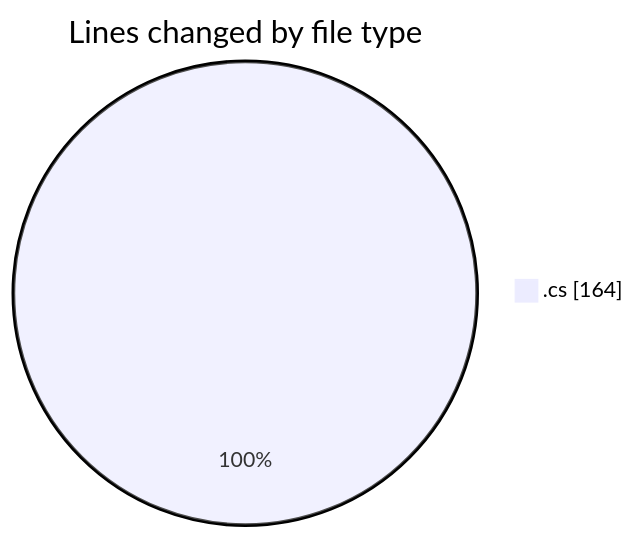
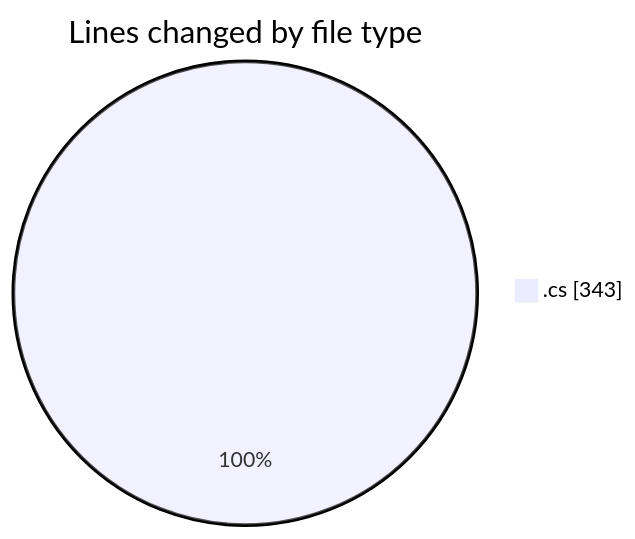
One commit to Netris89/code-tracking changed the first of 2 diagrams in 2025-03-22/back-end/README.md. Above: the diagram before and after it, drawn with Mermaid. The commit also changed other lines of this file and 1 other file, not shown here.

````diff
--- a/2025-03-22/back-end/README.md
+++ b/2025-03-22/back-end/README.md
@@ -21,5 +23,5 @@
 ```mermaid
 pie showData
 title Lines changed by file type
-".cs" : 164
+".cs" : 343
 ```
````
